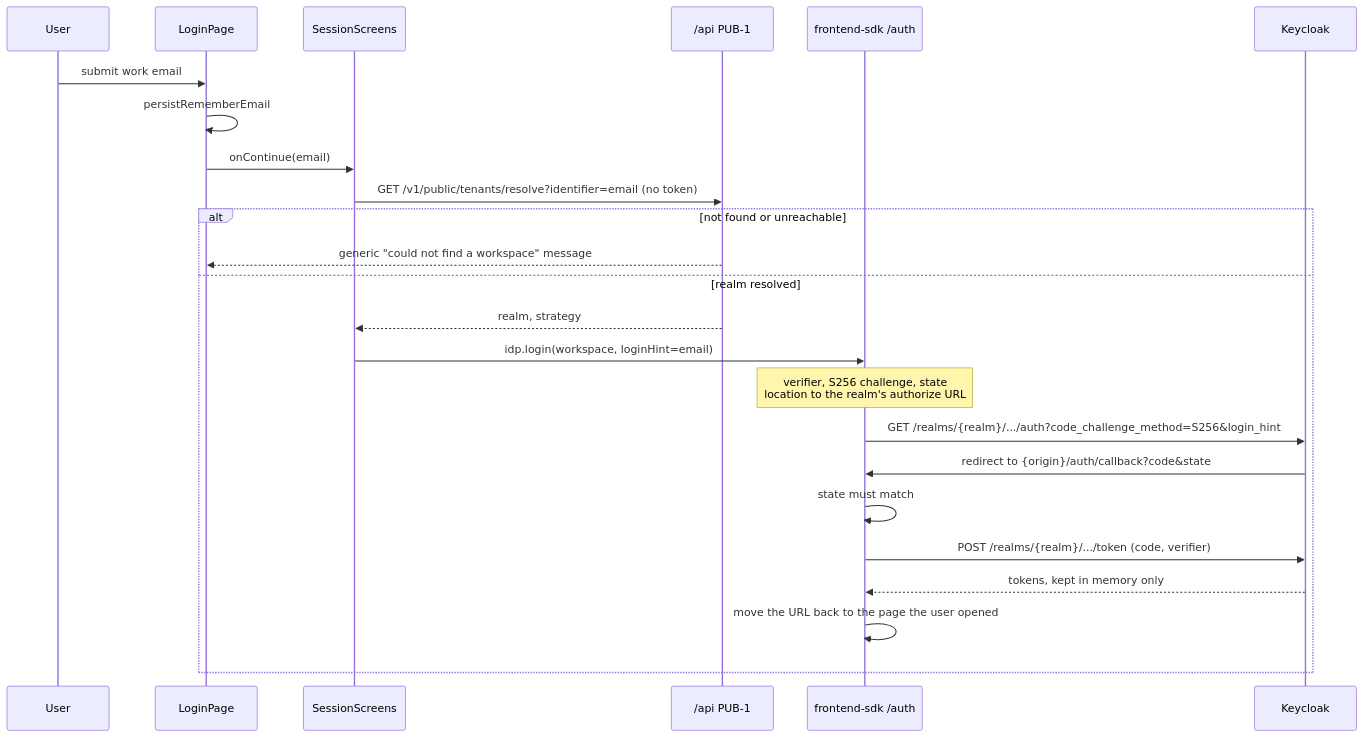
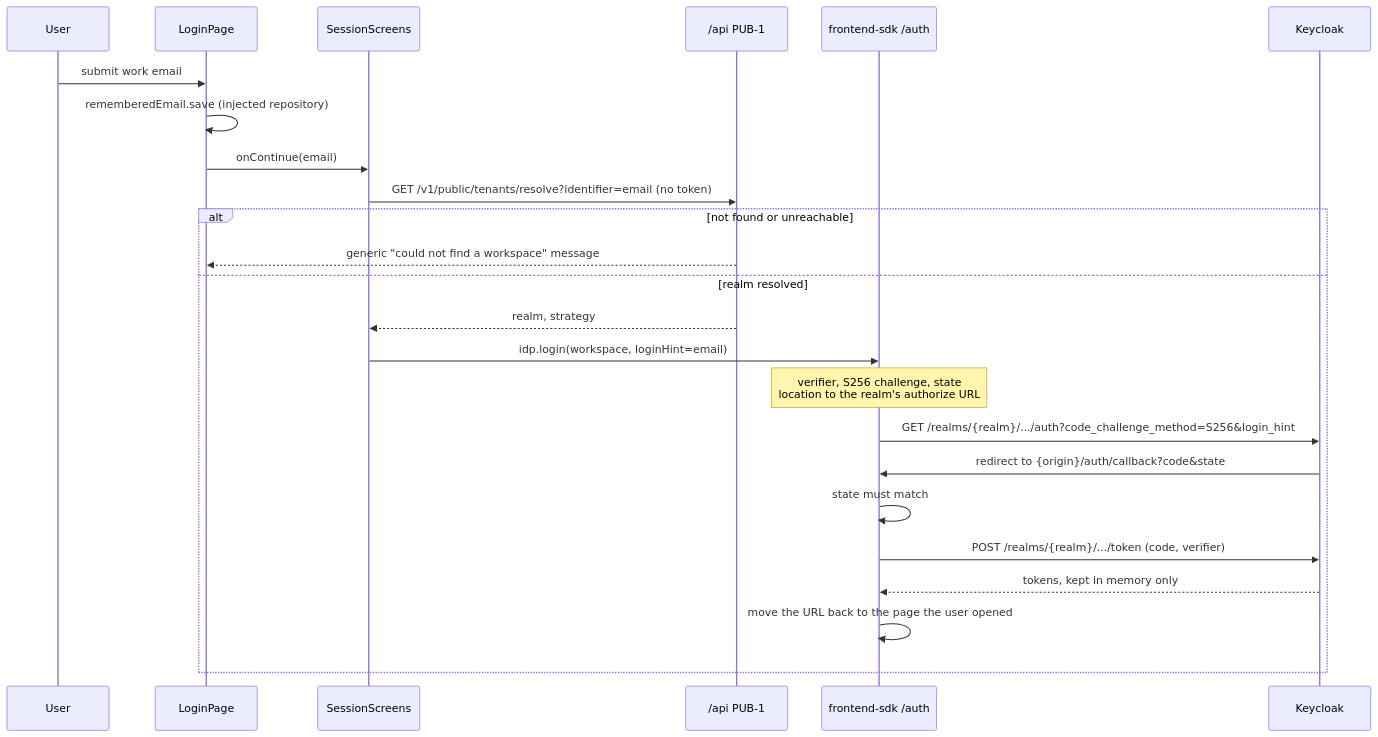
One commit to BCBP-SOLUTIONS-FZC-LLC/web-shell changed the diagram in docs/architecture/mermaid/sign-in-flow.mmd. Above: the diagram before and after it, drawn with Mermaid. The commit also changed 26 other files, not shown here.

```diff
--- a/docs/architecture/mermaid/sign-in-flow.mmd
+++ b/docs/architecture/mermaid/sign-in-flow.mmd
@@ -1,25 +1,25 @@
 sequenceDiagram
     participant User
     participant Login as LoginPage
     participant Screens as SessionScreens
     participant IAM as /api PUB-1
     participant SDK as frontend-sdk /auth
     participant KC as Keycloak
 
     User->>Login: submit work email
-    Login->>Login: persistRememberEmail
+    Login->>Login: rememberedEmail.save (injected repository)
     Login->>Screens: onContinue(email)
     Screens->>IAM: GET /v1/public/tenants/resolve?identifier=email (no token)
     alt not found or unreachable
         IAM-->>Login: generic "could not find a workspace" message
     else realm resolved
         IAM-->>Screens: realm, strategy
         Screens->>SDK: idp.login(workspace, loginHint=email)
         Note over SDK: verifier, S256 challenge, state<br/>location to the realm's authorize URL
         SDK->>KC: GET /realms/{realm}/.../auth?code_challenge_method=S256&login_hint
         KC->>SDK: redirect to {origin}/auth/callback?code&state
         SDK->>SDK: state must match
         SDK->>KC: POST /realms/{realm}/.../token (code, verifier)
         KC-->>SDK: tokens, kept in memory only
         SDK->>SDK: move the URL back to the page the user opened
     end
```
